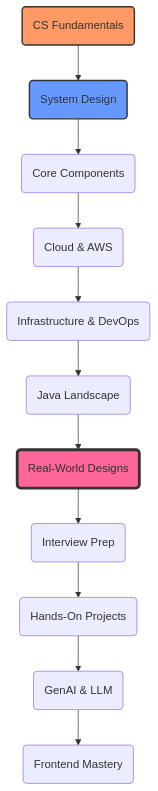
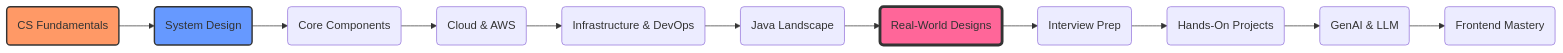
Before and after one commit to samargupta096/software-engineering: the diagram in README.md, drawn with Mermaid. The commit also changed other lines of this file, not shown here.

Commit message:
added interactive link

````diff
--- a/README.md
+++ b/README.md
@@ -11,17 +11,17 @@
 ```mermaid
-flowchart TD
+flowchart LR
     CS(CS Fundamentals) --> SD(System Design)
     SD --> CC(Core Components)
     CC --> CA(Cloud & AWS)
     CA --> ID(Infrastructure & DevOps)
     ID --> JL(Java Landscape)
     JL --> RW(Real-World Designs)
     RW --> IP(Interview Prep)
     IP --> HP(Hands-On Projects)
     HP --> GA(GenAI & LLM)
     GA --> FM(Frontend Mastery)
 
     style CS fill:#f96,stroke:#333,stroke-width:2px
     style SD fill:#69f,stroke:#333,stroke-width:2px
     style RW fill:#f69,stroke:#333,stroke-width:4px
 ```
````
